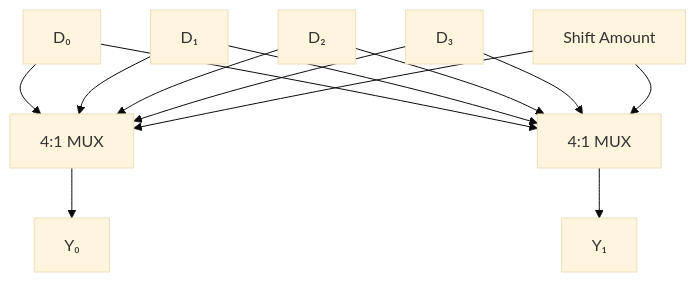
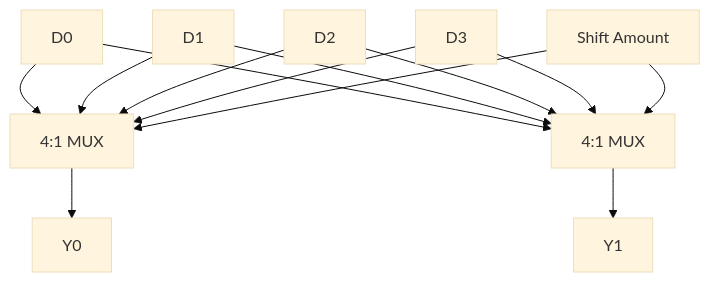
The first of 4 diagrams in docs/courses/digital-logic/08-registers-counters.md (Raushan666java/ai-engineering-journey), drawn with Mermaid (base theme) before and after one commit. The commit also changed other lines of this file and 790 other files, not shown here.

Commit message:
Sync all course diagram renders and content updates

````diff
--- a/docs/courses/digital-logic/08-registers-counters.md
+++ b/docs/courses/digital-logic/08-registers-counters.md
@@ -127,15 +127,15 @@
 ```mermaid
 graph TD
-    D0[D₀] --> M0[4:1 MUX]
-    D1[D₁] --> M0
-    D2[D₂] --> M0
-    D3[D₃] --> M0
+    D0[D0] --> M0[4:1 MUX]
+    D1[D1] --> M0
+    D2[D2] --> M0
+    D3[D3] --> M0
     S[Shift Amount] --> M0
-    M0 --> Y0[Y₀]
+    M0 --> Y0[Y0]
     D0 --> M1[4:1 MUX]
     D1 --> M1
     D2 --> M1
     D3 --> M1
     S --> M1
-    M1 --> Y1[Y₁]
+    M1 --> Y1[Y1]
 ```
````
